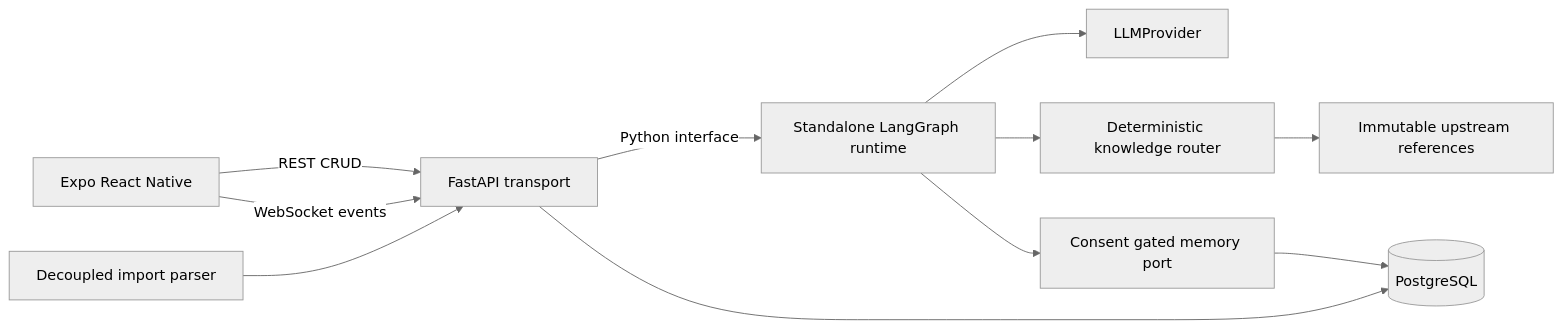
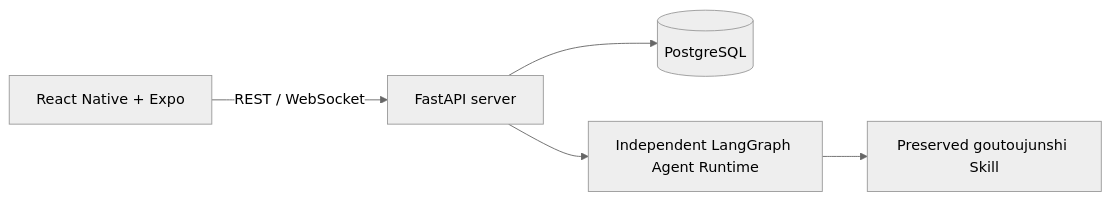
Before and after one commit to Lack666/goutouapp: the diagram in docs/ARCHITECTURE.md, drawn with Mermaid (neutral theme). The commit also changed other lines of this file and 80 other files, not shown here.

````diff
--- a/docs/ARCHITECTURE.md
+++ b/docs/ARCHITECTURE.md
@@ -5,13 +6,7 @@
 ```mermaid
 flowchart LR
-  Mobile[Expo React Native] -->|REST CRUD| API[FastAPI transport]
-  Mobile -->|WebSocket events| API
-  API -->|Python interface| Agent[Standalone LangGraph runtime]
-  Agent --> Provider[LLMProvider]
-  Agent --> Router[Deterministic knowledge router]
-  Router --> Upstream[Immutable upstream references]
-  API --> DB[(PostgreSQL)]
-  Agent --> Memory[Consent gated memory port]
-  Memory --> DB
-  Import[Decoupled import parser] --> API
+  Mobile[React Native + Expo] -->|REST / WebSocket| Server[FastAPI server]
+  Server --> Database[(PostgreSQL)]
+  Server --> Runtime[Independent LangGraph Agent Runtime]
+  Runtime --> Knowledge[Preserved goutoujunshi Skill]
 ```
````
